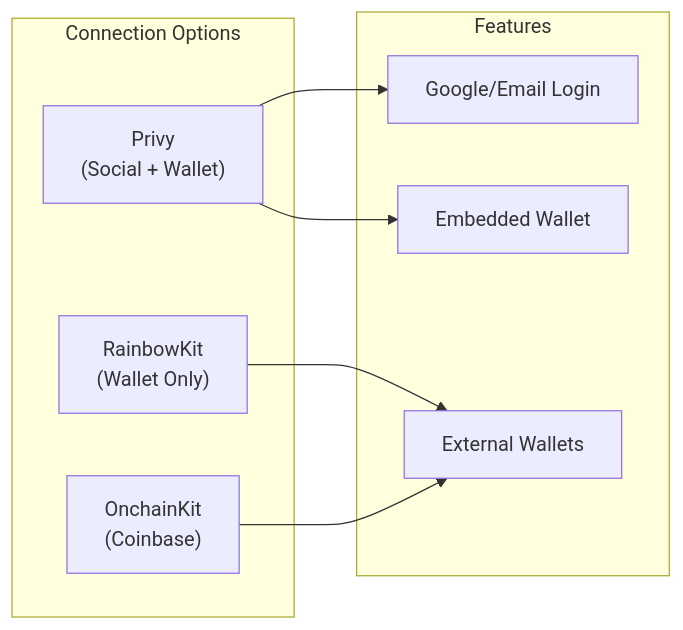
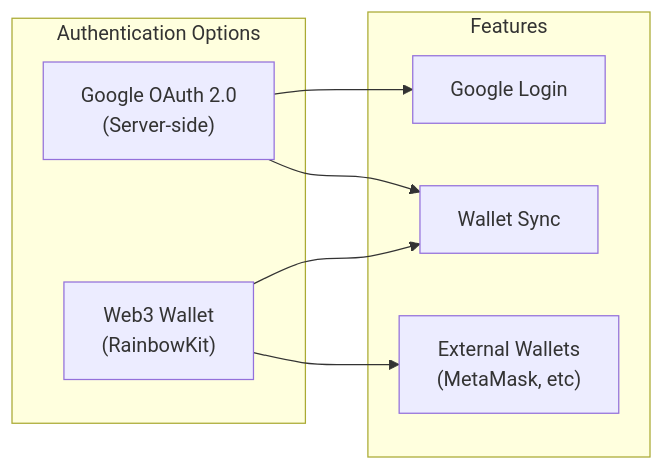
One commit to CrowdFUNding-Base/SC changed the third of 3 diagrams in pitching/how-to-run/frontend-guide.md. Above: the diagram before and after it, drawn with Mermaid. The commit also changed other lines of this file and 10 other files, not shown here.

````diff
--- a/pitching/how-to-run/frontend-guide.md
+++ b/pitching/how-to-run/frontend-guide.md
@@ -332,19 +331,18 @@
 ```mermaid
 flowchart LR
-    subgraph Options["Connection Options"]
-        Privy["Privy\n(Social + Wallet)"]
-        Rainbow["RainbowKit\n(Wallet Only)"]
-        Onchain["OnchainKit\n(Coinbase)"]
+    subgraph Auth["Authentication Options"]
+        GoogleAuth["Google OAuth 2.0\n(Server-side)"]
+        WalletAuth["Web3 Wallet\n(RainbowKit)"]
     end
 
     subgraph Features["Features"]
-        Social["Google/Email Login"]
-        Embedded["Embedded Wallet"]
-        External["External Wallets"]
+        Social["Google Login"]
+        WalletSync["Wallet Sync"]
+        External["External Wallets\n(MetaMask, etc)"]
     end
 
-    Privy --> Social
-    Privy --> Embedded
-    Rainbow --> External
-    Onchain --> External
+    GoogleAuth --> Social
+    GoogleAuth --> WalletSync
+    WalletAuth --> External
+    WalletAuth --> WalletSync
 ```
````
